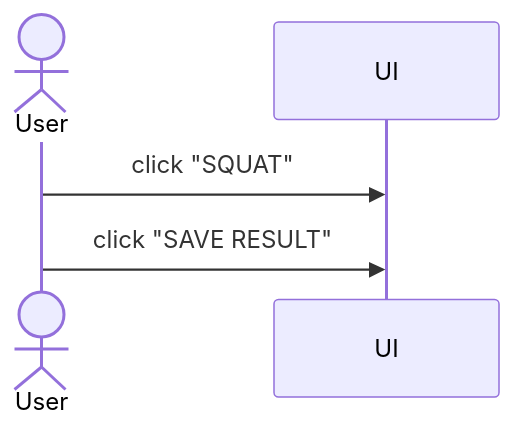
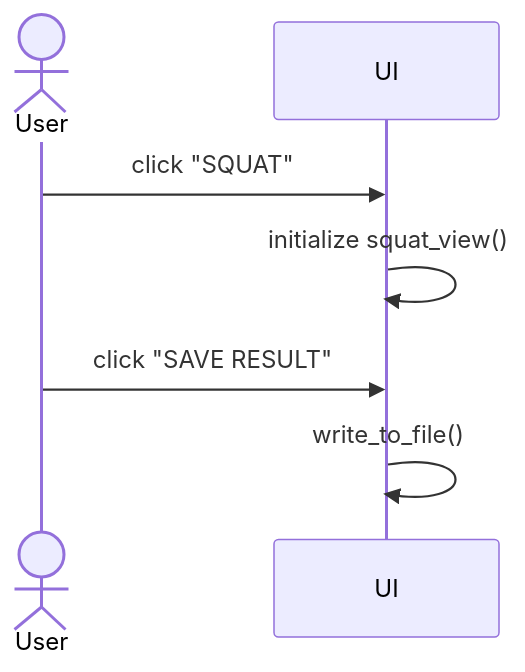
One commit to nikihietala/StrengthApp changed the fifth of 7 diagrams in python-strength-app/dokumentaatio/arkkitehtuuri.md. Above: the diagram before and after it, drawn with Mermaid. The commit also changed other lines of this file and 8 other files, not shown here.

````diff
--- a/python-strength-app/dokumentaatio/arkkitehtuuri.md
+++ b/python-strength-app/dokumentaatio/arkkitehtuuri.md
@@ -132,7 +145,9 @@
 ```mermaid
 		sequenceDiagram
 			actor User
 			participant UI
 			User->>UI: click "SQUAT"
+			UI->>UI: initialize squat_view()
 			User->>UI: click "SAVE RESULT"
+			UI->>UI: write_to_file()
 ```
````
